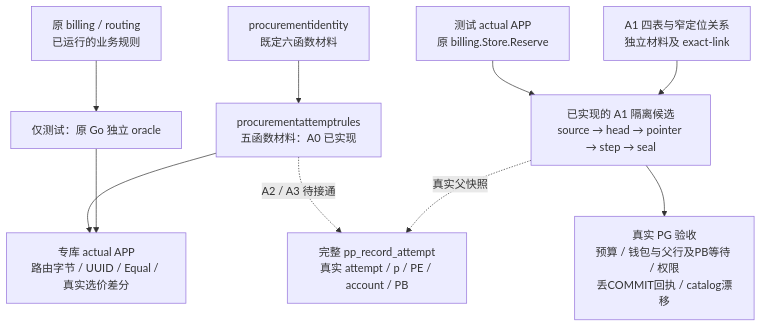
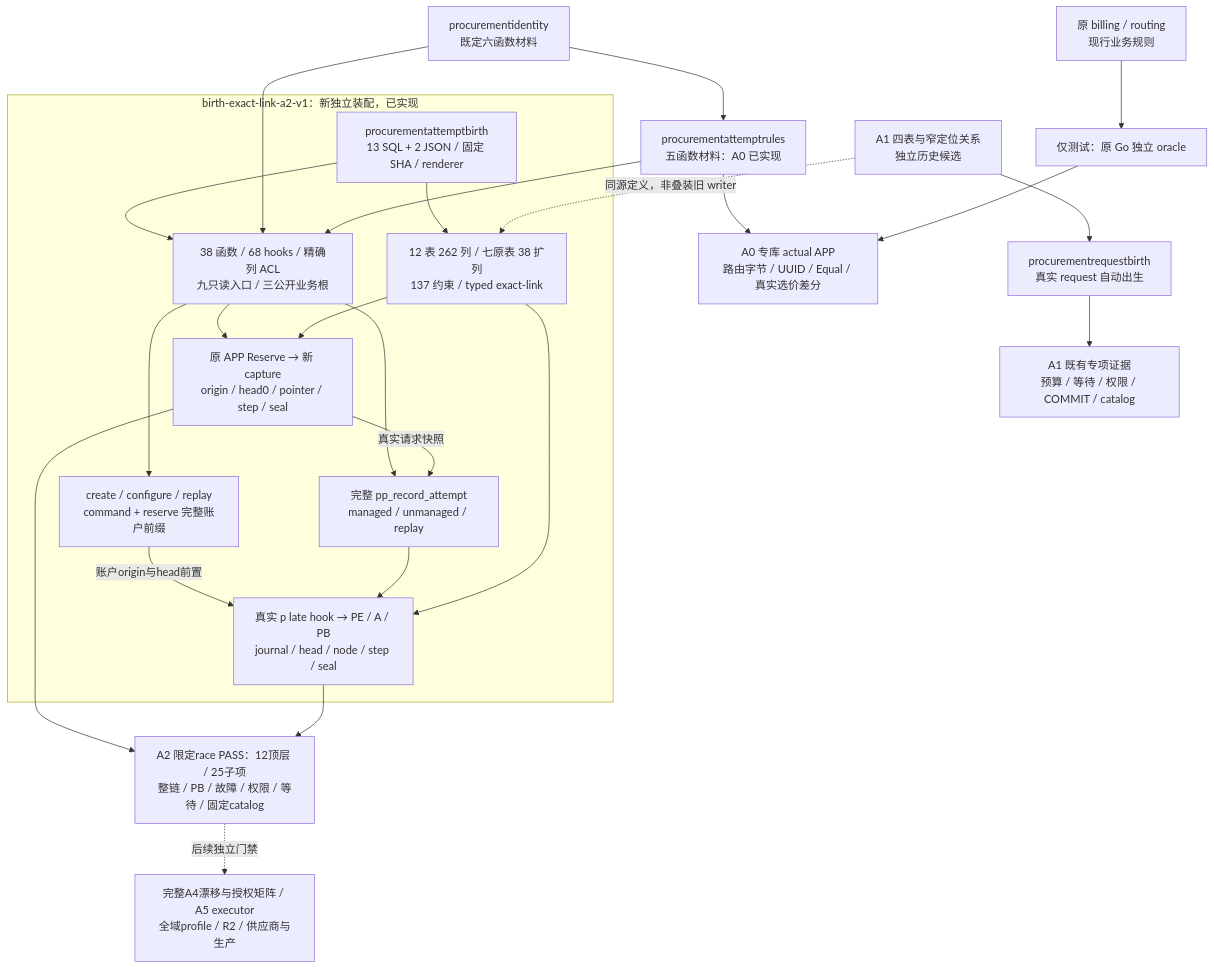
Before and after one commit to workhold/moni-aigate: the first of 2 diagrams in docs/architecture/procurement-attempt-birth.md, drawn with Mermaid. The commit also changed other lines of this file and 33 other files, not shown here.

First line of the commit message:
feat: add isolated procurement birth and reserve candidate

````diff
--- a/docs/architecture/procurement-attempt-birth.md
+++ b/docs/architecture/procurement-attempt-birth.md
@@ -7,12 +7,34 @@
 ```mermaid
 flowchart TD
-    Original[原 billing / routing\n已运行的业务规则] --> Oracle[仅测试：原 Go 独立 oracle]
-    Identity[procurementidentity\n既定六函数材料] --> Rules[procurementattemptrules\n五函数材料：A0 已实现]
-    Rules --> PGTest[专库 actual APP\n路由字节 / UUID / Equal / 真实选价差分]
+    Original["原 billing / routing<br/>现行业务规则"] --> Oracle["仅测试：原 Go 独立 oracle"]
+    Identity["procurementidentity<br/>既定六函数材料"] --> Rules["procurementattemptrules<br/>五函数材料：A0 已实现"]
+    Rules --> PGTest["A0 专库 actual APP<br/>路由字节 / UUID / Equal / 真实选价差分"]
     Oracle --> PGTest
-    Reserve[测试 actual APP\n原 billing.Store.Reserve] --> Birth[已实现的 A1 隔离候选\nsource → head → pointer → step → seal]
-    Schema[A1 四表与窄定位关系\n独立材料及 exact-link] --> Birth
-    Birth --> Matrix[真实 PG 验收\n预算 / 钱包与父行及PB等待 / 权限\n丢COMMIT回执 / catalog漂移]
-    Rules -. A2 / A3 待接通 .-> Attempt[完整 pp_record_attempt\n真实 attempt / p / PE / account / PB]
-    Birth -. 真实父快照 .-> Attempt
+    Schema["A1 四表与窄定位关系<br/>独立历史候选"] --> Birth["procurementrequestbirth<br/>真实 request 自动出生"]
+    Birth --> Matrix["A1 既有专项证据<br/>预算 / 等待 / 权限 / COMMIT / catalog"]
+    subgraph Candidate["birth-exact-link-a2-v1：新独立装配，已实现"]
+        Renderer["procurementattemptbirth<br/>13 SQL + 2 JSON / 固定 SHA / renderer"]
+        Relations["12 表 262 列 / 七原表 38 扩列<br/>137 约束 / typed exact-link"]
+        Functions["38 函数 / 68 hooks / 精确列 ACL<br/>九只读入口 / 三公开业务根"]
+        Request["原 APP Reserve → 新 capture<br/>origin / head0 / pointer / step / seal"]
+        Account["create / configure / replay<br/>command + reserve 完整账户前缀"]
+        Attempt["完整 pp_record_attempt<br/>managed / unmanaged / replay"]
+        Effects["真实 p late hook → PE / A / PB<br/>journal / head / node / step / seal"]
+        Renderer --> Relations
+        Renderer --> Functions
+        Functions --> Request
+        Functions --> Account
+        Functions --> Attempt
+        Request -->|真实请求快照| Attempt
+        Account -->|账户origin与head前置| Effects
+        Attempt --> Effects
+    end
+    Schema -. "同源定义，非叠装旧 writer" .-> Relations
+    Identity --> Functions
+    Rules --> Functions
+    Relations --> Request
+    Relations --> Effects
+    Request --> A2PG["A2 限定race PASS：12顶层 / 25子项<br/>整链 / PB / 故障 / 权限 / 等待 / 固定catalog"]
+    Effects --> A2PG
+    A2PG -. "后续独立门禁" .-> Future["完整A4漂移与授权矩阵 / A5 executor<br/>全域profile / R2 / 供应商与生产"]
 ```
````
